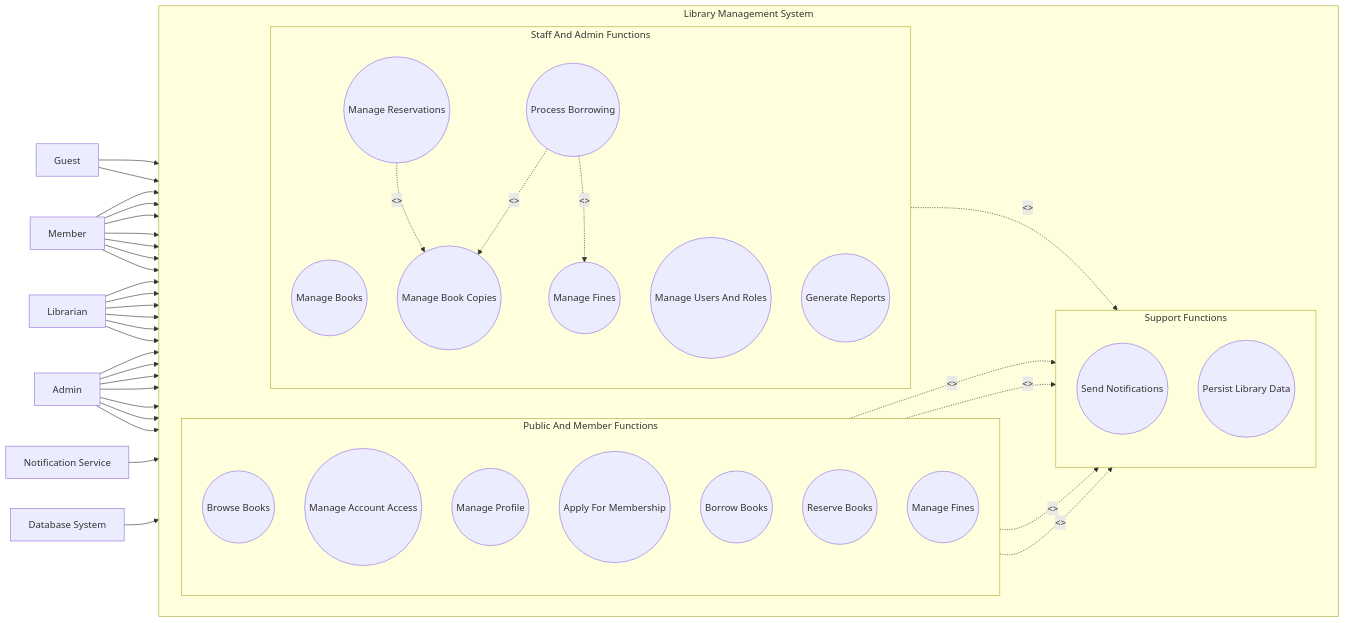
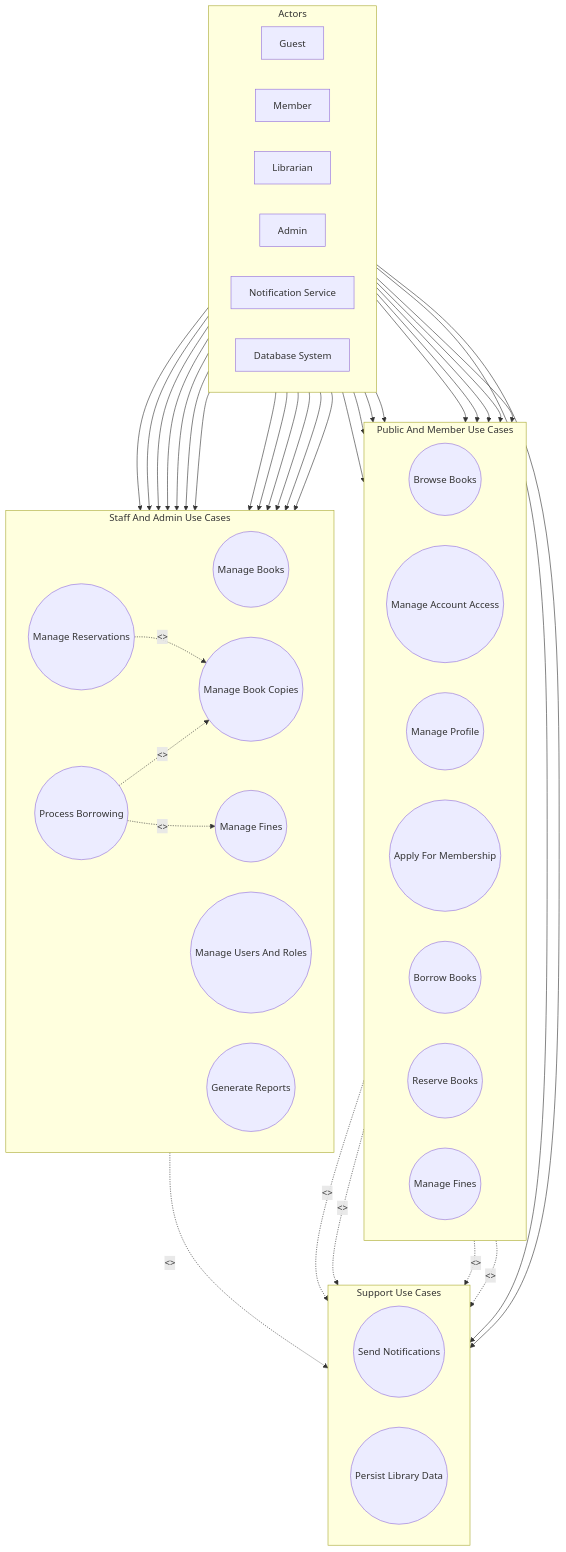
The diagram in document/RDS.md (SWP391-LibraryManagement/LibraryManagement), drawn with Mermaid before and after one commit.

````diff
--- a/document/RDS.md
+++ b/document/RDS.md
@@ -112,76 +112,76 @@
 ```mermaid
-flowchart LR
-  Guest[Guest]
-  Member[Member]
-  Librarian[Librarian]
-  Admin[Admin]
-  NotificationService[Notification Service]
-  DatabaseSystem[Database System]
+flowchart TB
+  subgraph Actors[Actors]
+    direction LR
+    Guest[Guest]
+    Member[Member]
+    Librarian[Librarian]
+    Admin[Admin]
+    NotificationService[Notification Service]
+    DatabaseSystem[Database System]
+  end
 
-  subgraph LMS[Library Management System]
+  subgraph PublicMember[Public And Member Use Cases]
     direction LR
-    subgraph PublicMember[Public And Member Functions]
-      direction TB
-      UC01((Browse Books))
-      UC02((Manage Account Access))
-      UC03((Manage Profile))
-      UC04((Apply For Membership))
-      UC07((Borrow Books))
-      UC08((Reserve Books))
-      UC09((Manage Fines))
-    end
+    UC01((Browse Books))
+    UC02((Manage Account Access))
+    UC03((Manage Profile))
+    UC04((Apply For Membership))
+    UC07((Borrow Books))
+    UC08((Reserve Books))
+    UC09((Manage Fines))
+  end
 
-    subgraph StaffAdmin[Staff And Admin Functions]
-      direction TB
-      UC05((Manage Books))
-      UC06((Manage Book Copies))
-      UC07S((Process Borrowing))
-      UC08S((Manage Reservations))
-      UC09S((Manage Fines))
-      UC11((Manage Users And Roles))
-      UC12((Generate Reports))
-    end
+  subgraph StaffAdmin[Staff And Admin Use Cases]
+    direction LR
+    UC05((Manage Books))
+    UC06((Manage Book Copies))
+    UC07S((Process Borrowing))
+    UC08S((Manage Reservations))
+    UC09S((Manage Fines))
+    UC11((Manage Users And Roles))
+    UC12((Generate Reports))
+  end
 
-    subgraph Support[Support Functions]
-      direction TB
-      UC10((Send Notifications))
-      UCDB((Persist Library Data))
-    end
+  subgraph Support[Support Use Cases]
+    direction LR
+    UC10((Send Notifications))
+    UCDB((Persist Library Data))
   end
 
   Guest --> UC01
   Guest --> UC02
   Member --> UC01
   Member --> UC02
   Member --> UC03
   Member --> UC04
   Member --> UC07
   Member --> UC08
   Member --> UC09
 
   Librarian --> UC05
   Librarian --> UC06
   Librarian --> UC07S
   Librarian --> UC08S
   Librarian --> UC09S
   Librarian --> UC12
   Admin --> UC05
   Admin --> UC06
   Admin --> UC07S
   Admin --> UC08S
   Admin --> UC09S
   Admin --> UC11
   Admin --> UC12
 
   UC02 -. "<<include>>" .-> UC10
   UC04 -. "<<include>>" .-> UC10
   UC08 -. "<<include>>" .-> UC10
   UC09 -. "<<include>>" .-> UC10
   UC11 -. "<<include>>" .-> UC10
   UC07S -. "<<include>>" .-> UC06
   UC08S -. "<<include>>" .-> UC06
   UC07S -. "<<extend>>" .-> UC09S
 
   NotificationService --> UC10
   DatabaseSystem --> UCDB
 ```
````
